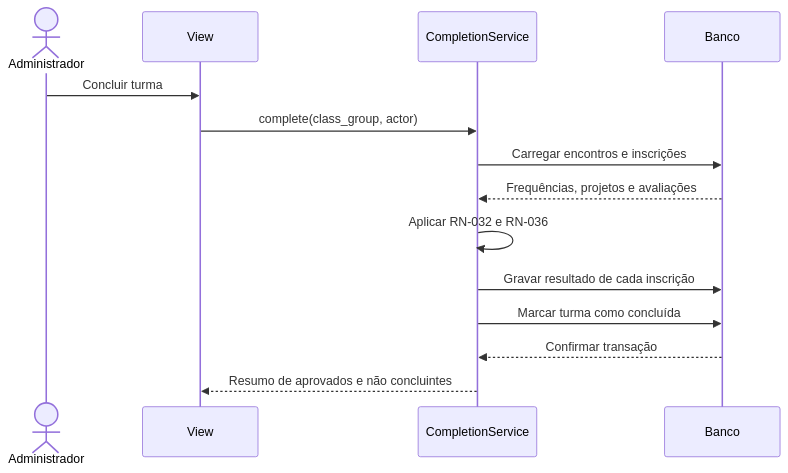
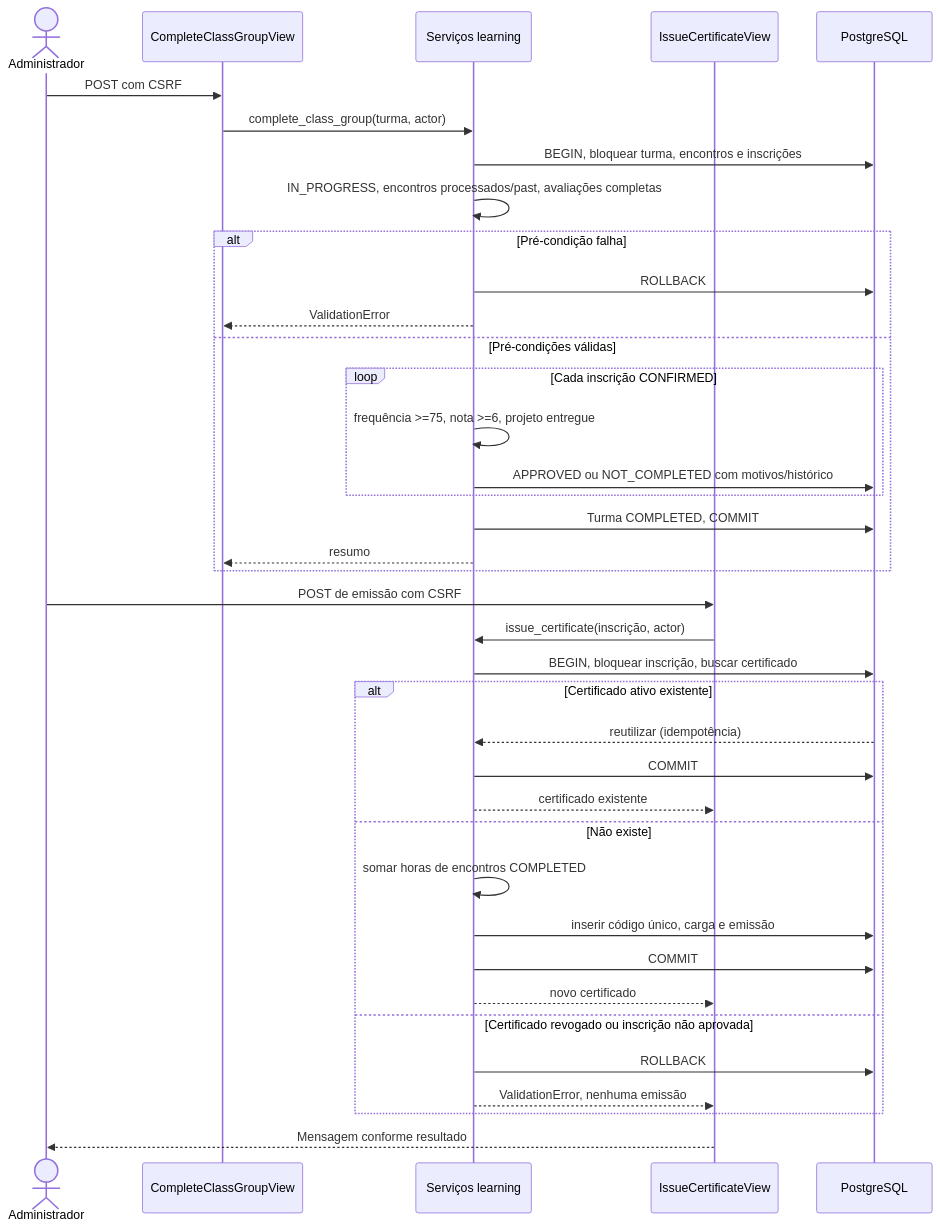
Before and after one commit to RafhaelH/projeto-integrador-ii-codigo-do-futuro: the sixth of 9 diagrams in docs/03-modelagem/diagramas.md, drawn with Mermaid. The commit also changed other lines of this file and 66 other files, not shown here.

````diff
--- a/docs/03-modelagem/diagramas.md
+++ b/docs/03-modelagem/diagramas.md
@@ -76,17 +221,40 @@
 ```mermaid
 sequenceDiagram
     actor A as Administrador
-    participant V as View
-    participant S as CompletionService
-    participant D as Banco
-
-    A->>V: Concluir turma
-    V->>S: complete(class_group, actor)
-    S->>D: Carregar encontros e inscrições
-    D-->>S: Frequências, projetos e avaliações
-    S->>S: Aplicar RN-032 e RN-036
-    S->>D: Gravar resultado de cada inscrição
-    S->>D: Marcar turma como concluída
-    D-->>S: Confirmar transação
-    S-->>V: Resumo de aprovados e não concluintes
+    participant V as CompleteClassGroupView
+    participant S as Serviços learning
+    participant E as IssueCertificateView
+    participant DB as PostgreSQL
+    A->>V: POST com CSRF
+    V->>S: complete_class_group(turma, actor)
+    S->>DB: BEGIN, bloquear turma, encontros e inscrições
+    S->>S: IN_PROGRESS, encontros processados/past, avaliações completas
+    alt Pré-condição falha
+        S->>DB: ROLLBACK
+        S-->>V: ValidationError
+    else Pré-condições válidas
+        loop Cada inscrição CONFIRMED
+            S->>S: frequência >=75, nota >=6, projeto entregue
+            S->>DB: APPROVED ou NOT_COMPLETED com motivos/histórico
+        end
+        S->>DB: Turma COMPLETED, COMMIT
+        S-->>V: resumo
+    end
+    A->>E: POST de emissão com CSRF
+    E->>S: issue_certificate(inscrição, actor)
+    S->>DB: BEGIN, bloquear inscrição, buscar certificado
+    alt Certificado ativo existente
+        DB-->>S: reutilizar (idempotência)
+        S->>DB: COMMIT
+        S-->>E: certificado existente
+    else Não existe
+        S->>S: somar horas de encontros COMPLETED
+        S->>DB: inserir código único, carga e emissão
+        S->>DB: COMMIT
+        S-->>E: novo certificado
+    else Certificado revogado ou inscrição não aprovada
+        S->>DB: ROLLBACK
+        S-->>E: ValidationError, nenhuma emissão
+    end
+    E-->>A: Mensagem conforme resultado
 ```
````
